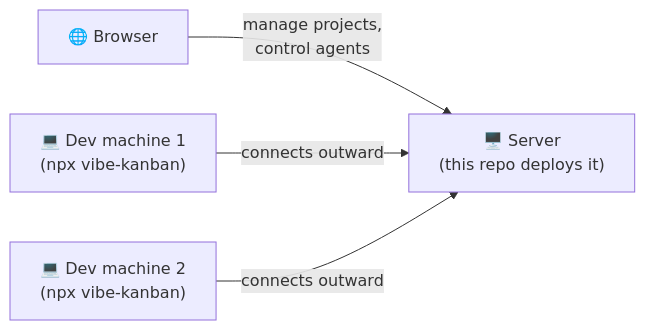
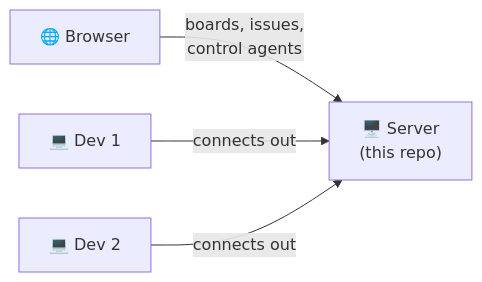
Before and after one commit to gabrielbelli/vibekanban-deploy: the first of 3 diagrams in README.md, drawn with Mermaid. The commit also changed other lines of this file, not shown here.

````diff
--- a/README.md
+++ b/README.md
@@ -16,11 +19,11 @@
 ```mermaid
 graph LR
     browser["🌐 Browser"]
-    server["🖥️ Server<br/>(this repo deploys it)"]
-    dev1["💻 Dev machine 1<br/>(npx vibe-kanban)"]
-    dev2["💻 Dev machine 2<br/>(npx vibe-kanban)"]
+    server["🖥️ Server<br/>(this repo)"]
+    dev1["💻 Dev 1"]
+    dev2["💻 Dev 2"]
 
-    browser -->|manage projects,<br/>control agents| server
-    dev1 -->|connects outward| server
-    dev2 -->|connects outward| server
+    browser -->|boards, issues,<br/>control agents| server
+    dev1 -->|connects out| server
+    dev2 -->|connects out| server
 ```
````
